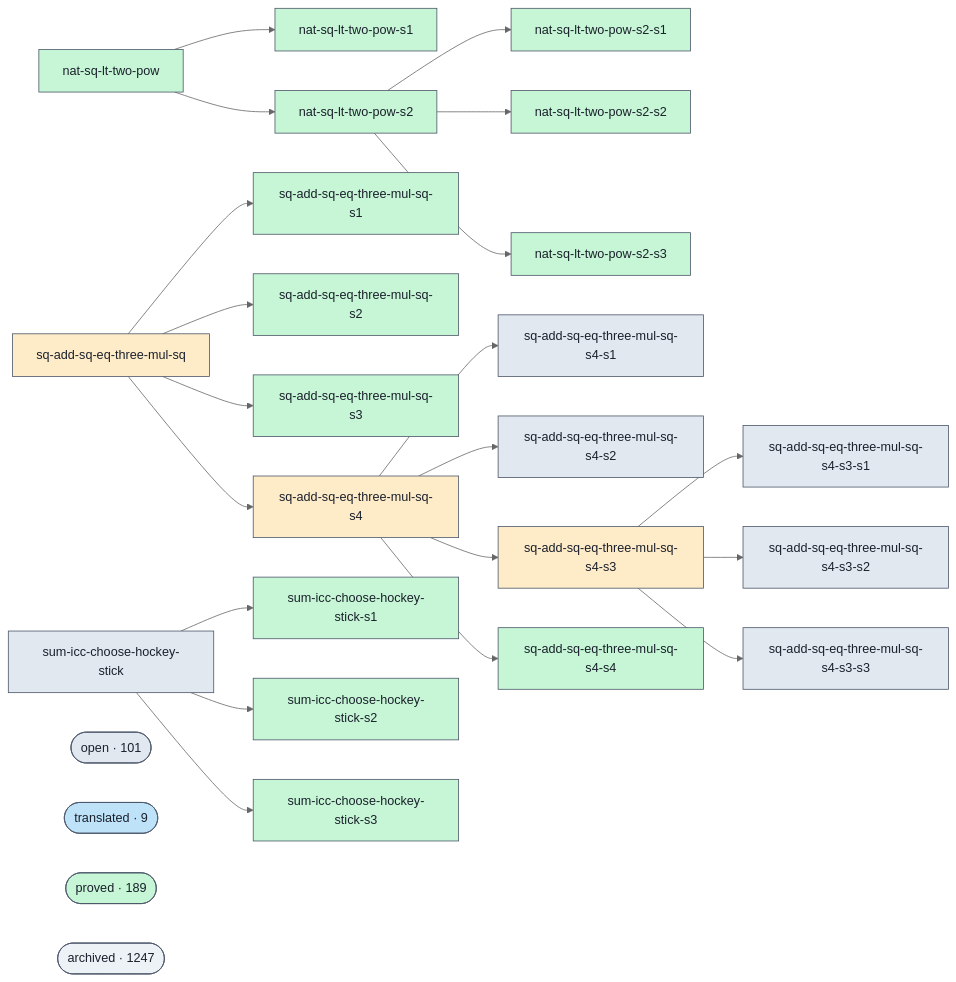
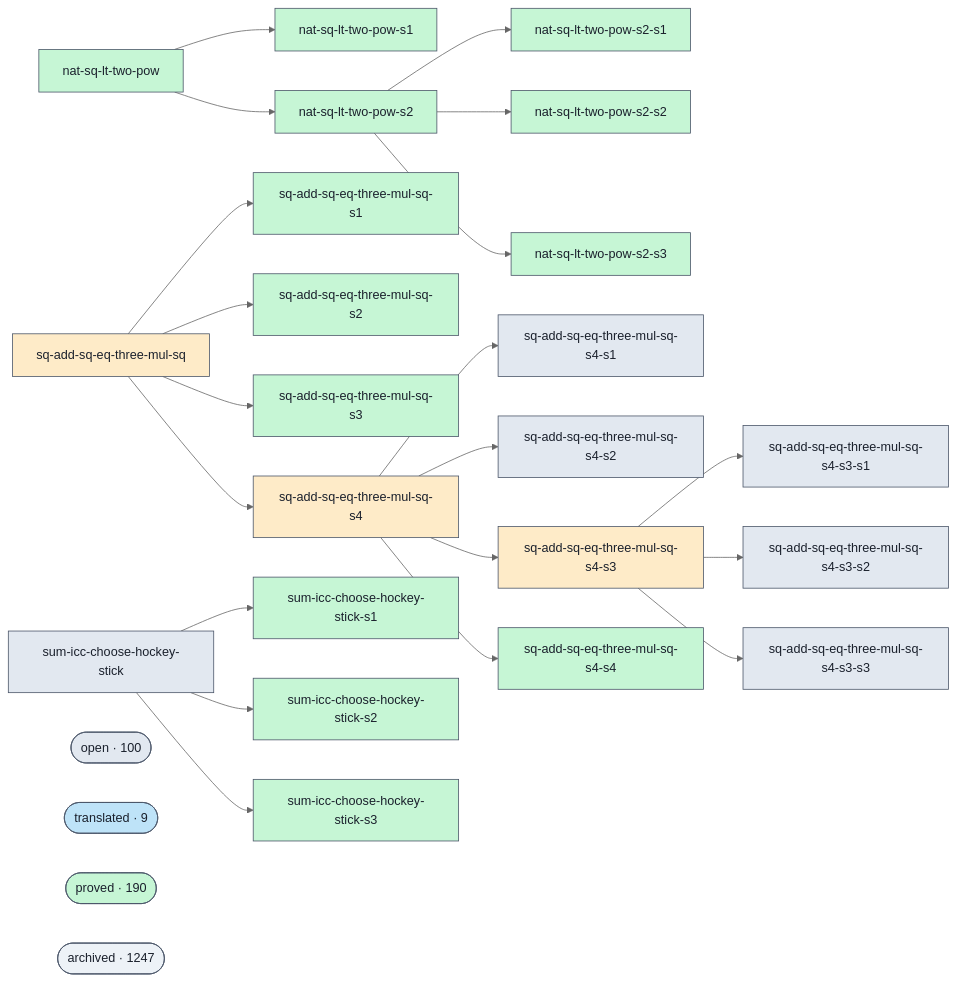
Before and after one commit to ohdearquant/unsorry: the diagram in docs/proofs-contributors-visualisation.md, drawn with Mermaid (neutral theme). The commit also changed other lines of this file and 2 other files, not shown here.

```diff
--- a/docs/proofs-contributors-visualisation.md
+++ b/docs/proofs-contributors-visualisation.md
@@ -107,11 +107,11 @@
   g_sum_icc_choose_hockey_stick --> g_sum_icc_choose_hockey_stick_s1
   g_sum_icc_choose_hockey_stick --> g_sum_icc_choose_hockey_stick_s2
   g_sum_icc_choose_hockey_stick --> g_sum_icc_choose_hockey_stick_s3
-  cluster_open(["open · 101"])
+  cluster_open(["open · 100"])
   class cluster_open open;
   cluster_translated(["translated · 9"])
   class cluster_translated translated;
-  cluster_proved(["proved · 189"])
+  cluster_proved(["proved · 190"])
   class cluster_proved proved;
   cluster_archived(["archived · 1247"])
   class cluster_archived unknown;
```
